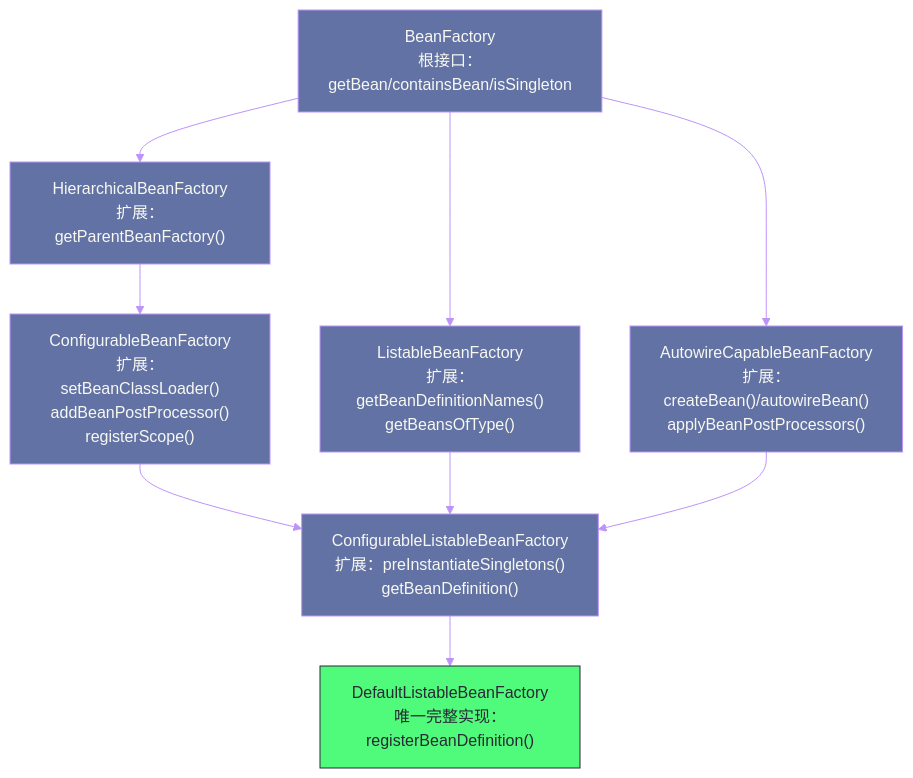
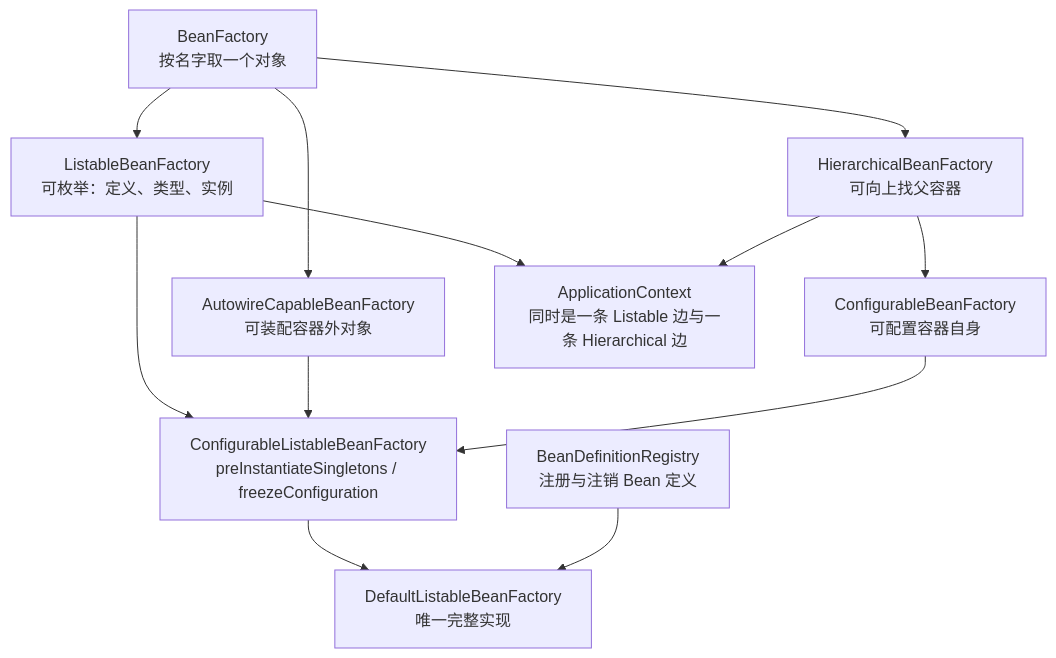
Before and after one commit to hpliStartAgain/my-brain: the first of 6 diagrams in content/Java/SpringCore/02 IoC容器——BeanFactory与ApplicationContext的层次设计.md, drawn with Mermaid. The commit also changed other lines of this file and 455 other files, not shown here.

````diff
--- a/content/Java/SpringCore/02 IoC容器——BeanFactory与ApplicationContext的层次设计.md
+++ b/content/Java/SpringCore/02 IoC容器——BeanFactory与ApplicationContext的层次设计.md
@@ -54,27 +126,25 @@
 ```mermaid
-%%{init: {'theme': 'base', 'themeVariables': {'primaryColor': '#6272a4', 'primaryTextColor': '#f8f8f2', 'primaryBorderColor': '#44475a', 'lineColor': '#bd93f9', 'secondaryColor': '#44475a', 'tertiaryColor': '#282a36', 'background': '#282a36', 'mainBkg': '#44475a', 'nodeBorder': '#6272a4', 'clusterBkg': '#282a36', 'titleColor': '#f8f8f2', 'edgeLabelBackground': '#44475a', 'fontFamily': 'monospace'}}}%%
-graph TD
-    classDef iface fill:#6272a4,stroke:#bd93f9,color:#f8f8f2
-    classDef abstract fill:#44475a,stroke:#ff79c6,color:#f8f8f2
-    classDef concrete fill:#50fa7b,stroke:#282a36,color:#282a36
+%%{init: {'theme': 'dracula'}}%%
+flowchart TD
+    BF["BeanFactory<br/>按名字取一个对象"]
+    LBF["ListableBeanFactory<br/>可枚举：定义、类型、实例"]
+    HBF["HierarchicalBeanFactory<br/>可向上找父容器"]
+    ACBF["AutowireCapableBeanFactory<br/>可装配容器外对象"]
+    CBF["ConfigurableBeanFactory<br/>可配置容器自身"]
+    CLBF["ConfigurableListableBeanFactory<br/>preInstantiateSingletons / freezeConfiguration"]
+    BDR["BeanDefinitionRegistry<br/>注册与注销 Bean 定义"]
+    DLBF["DefaultListableBeanFactory<br/>唯一完整实现"]
+    AC["ApplicationContext<br/>同时是一条 Listable 边与一条 Hierarchical 边"]
 
-    BF["BeanFactory</br>根接口：getBean/containsBean/isSingleton"]
-    HBF["HierarchicalBeanFactory</br>扩展：getParentBeanFactory()"]
-    LBF["ListableBeanFactory</br>扩展：getBeanDefinitionNames()</br>getBeansOfType()"]
-    ACBF["AutowireCapableBeanFactory</br>扩展：createBean()/autowireBean()</br>applyBeanPostProcessors()"]
-    CBF["ConfigurableBeanFactory</br>扩展：setBeanClassLoader()</br>addBeanPostProcessor()</br>registerScope()"]
-    CLBF["ConfigurableListableBeanFactory</br>扩展：preInstantiateSingletons()</br>getBeanDefinition()"]
-    DLBF["DefaultListableBeanFactory</br>唯一完整实现：registerBeanDefinition()"]
-
+    BF --> LBF
     BF --> HBF
-    BF --> LBF
     BF --> ACBF
+    LBF --> CLBF
+    ACBF --> CLBF
     HBF --> CBF
     CBF --> CLBF
-    LBF --> CLBF
-    ACBF --> CLBF
     CLBF --> DLBF
-
-    class BF,HBF,LBF,ACBF,CBF,CLBF iface
-    class DLBF concrete
+    BDR --> DLBF
+    LBF --> AC
+    HBF --> AC
 ```
````
